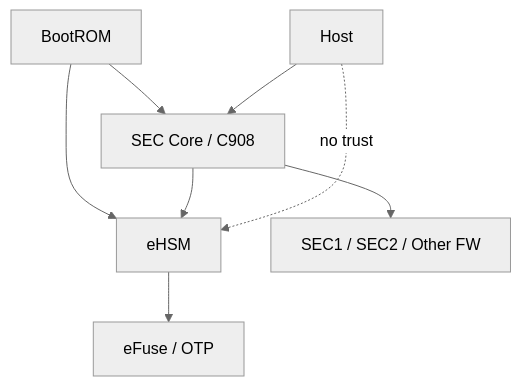
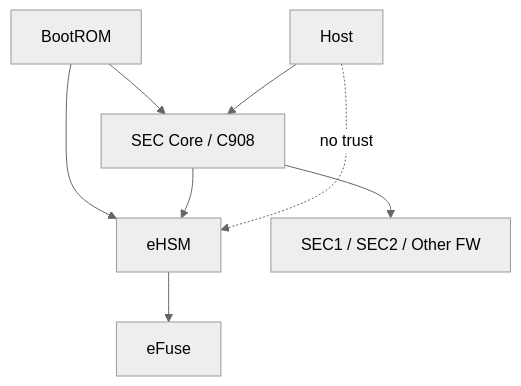
Before and after one commit to DBW19931021/security_-scheme: the first of 29 diagrams in ngu800_security_solution_flow_with_gpt/security_workflow/03_detailed_design/10_full_design.md, drawn with Mermaid (neutral theme). The commit also changed other lines of this file and 28 other files, not shown here.

````diff
--- a/ngu800_security_solution_flow_with_gpt/security_workflow/03_detailed_design/10_full_design.md
+++ b/ngu800_security_solution_flow_with_gpt/security_workflow/03_detailed_design/10_full_design.md
@@ -251,10 +258,10 @@
 ```mermaid
 graph TD
     BR[BootROM] --> SEC[SEC Core / C908]
     BR --> EH[eHSM]
-    EH --> OTP[eFuse / OTP]
+    EH --> eFuse[eFuse]
     SEC --> EH
     SEC --> FW[SEC1 / SEC2 / Other FW]
     Host --> SEC
     Host -. no trust .-> EH
 ```
````
